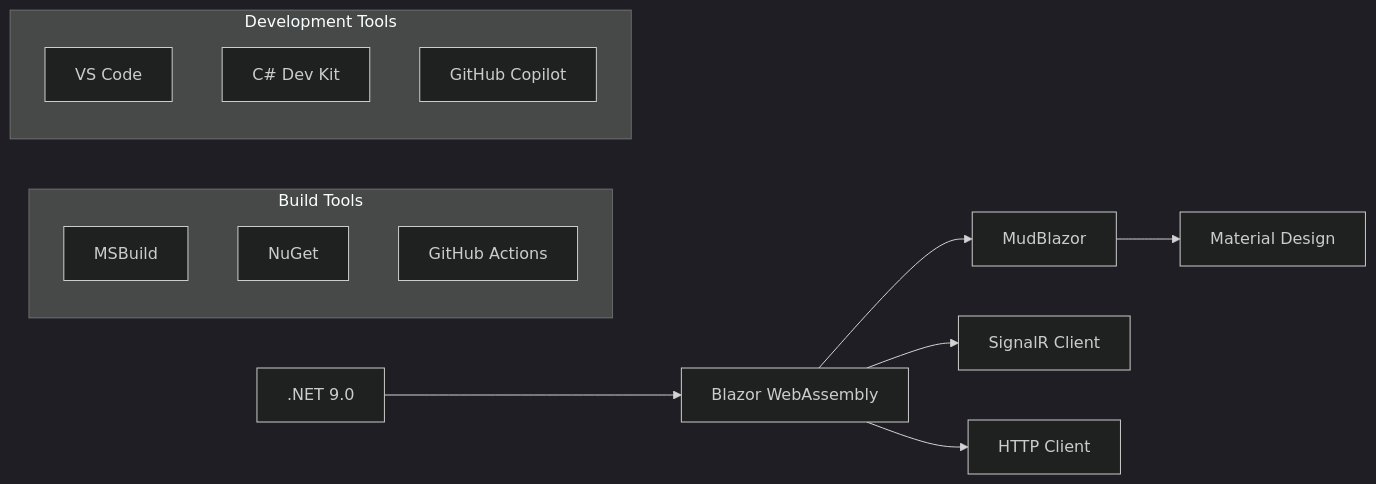
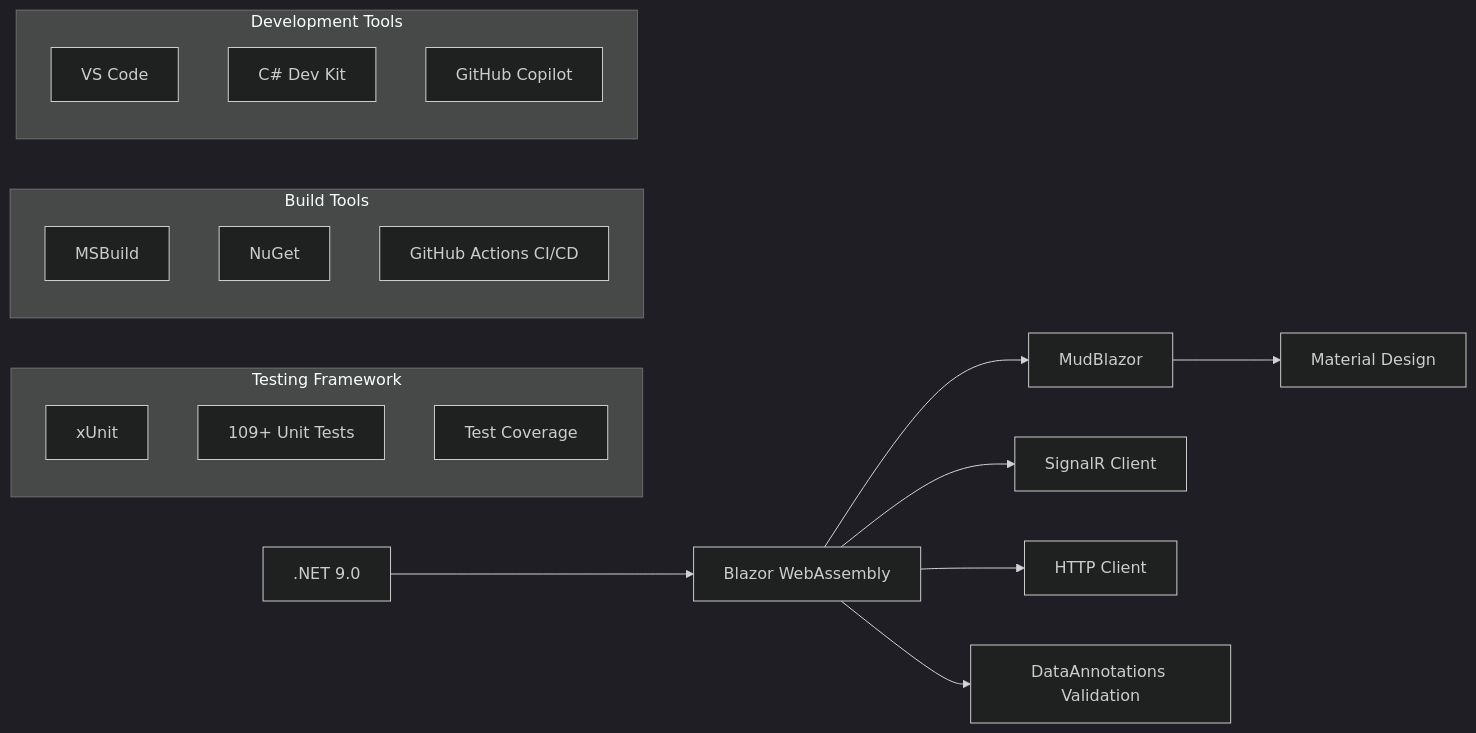
One commit to mongeon/RecettesIndex changed the fifth of 13 diagrams in docs/ARCHITECTURE.md. Above: the diagram before and after it, drawn with Mermaid (dark theme). The commit also changed other lines of this file and 4 other files, not shown here.

First line of the commit message:
docs: Update comprehensive documentation for testing infrastructure and validation

````diff
--- a/docs/ARCHITECTURE.md
+++ b/docs/ARCHITECTURE.md
@@ -213,20 +214,27 @@
 ```mermaid
 graph LR
     A[.NET 9.0] --> B[Blazor WebAssembly]
     B --> C[MudBlazor]
     C --> D[Material Design]
     B --> E[SignalR Client]
     B --> F[HTTP Client]
+    B --> G[DataAnnotations Validation]
+    
+    subgraph "Testing Framework"
+        H[xUnit]
+        I[109+ Unit Tests]
+        J[Test Coverage]
+    end
     
     subgraph "Build Tools"
-        G[MSBuild]
-        H[NuGet]
-        I[GitHub Actions]
+        K[MSBuild]
+        L[NuGet]
+        M[GitHub Actions CI/CD]
     end
     
     subgraph "Development Tools"
-        J[VS Code]
-        K[C# Dev Kit]
-        L[GitHub Copilot]
+        N[VS Code]
+        O[C# Dev Kit]
+        P[GitHub Copilot]
     end
 ```
````
